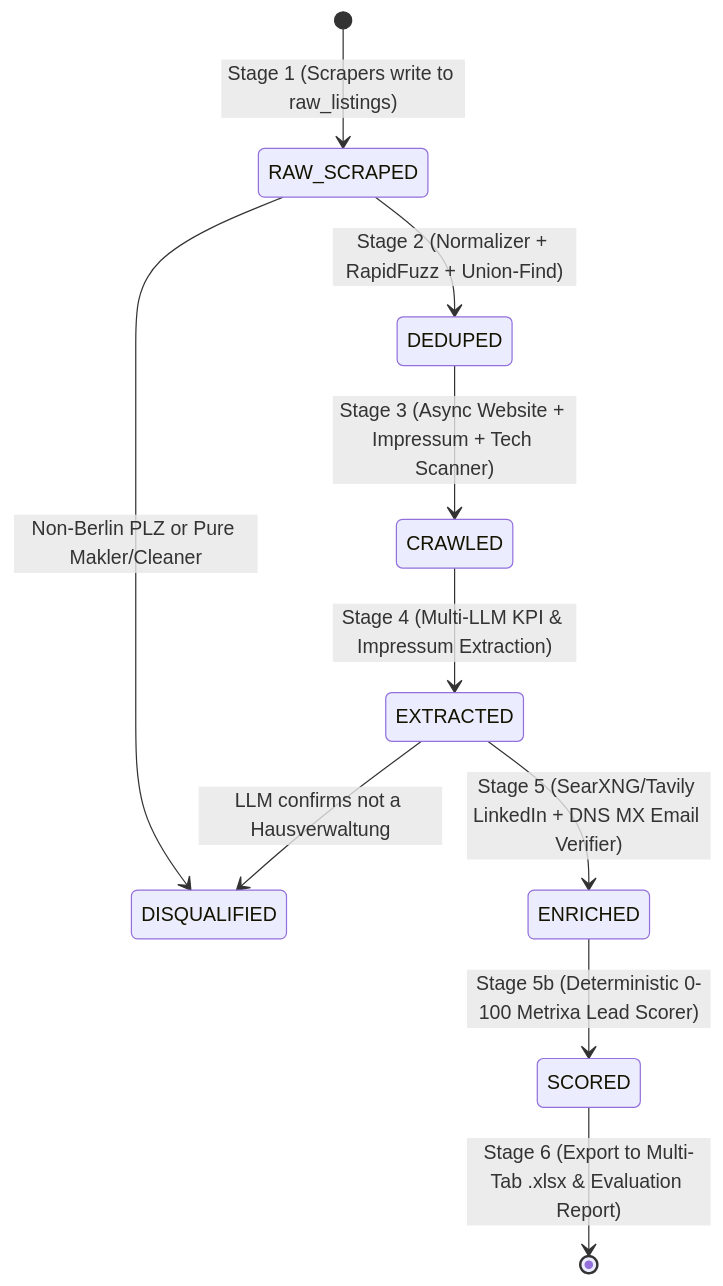
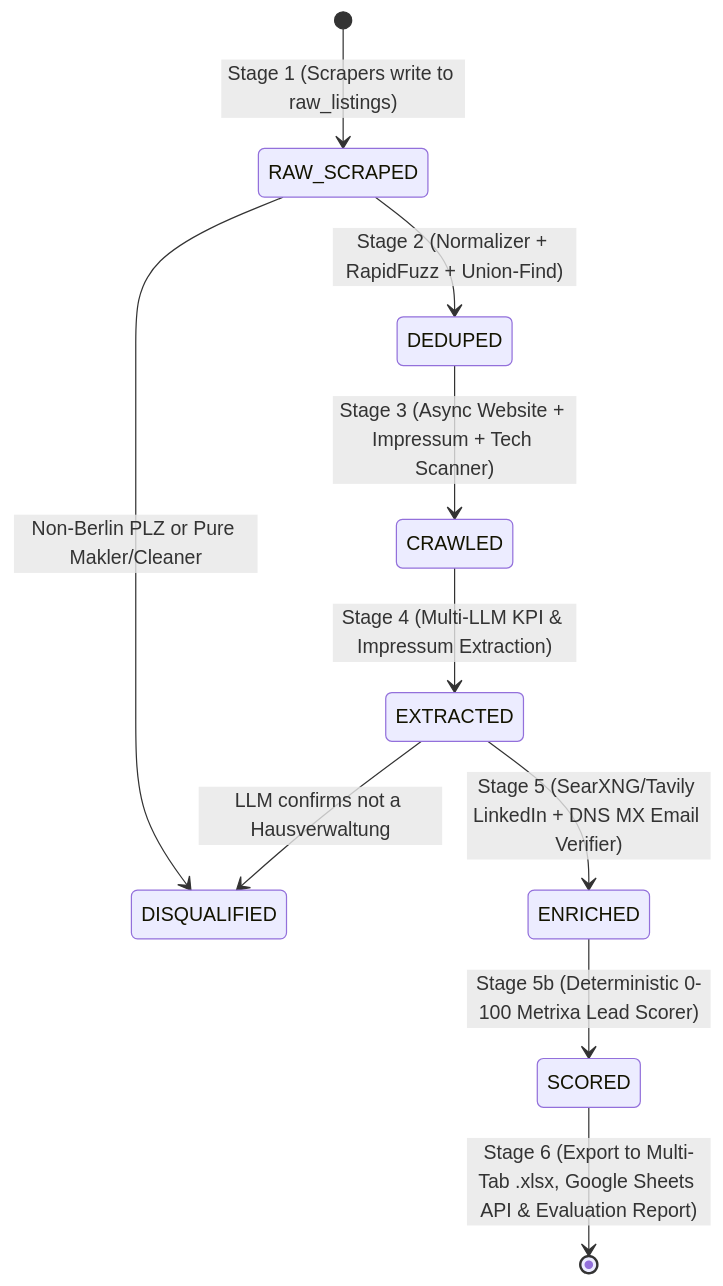
One commit to sainibhaowal/Metrixa-Systems changed the second of 2 diagrams in docs/Working Docs/05_DATABASE_SCHEMA_DATA_STRUCTURES_AND_EXPORT_SPEC.md. Above: the diagram before and after it, drawn with Mermaid. The commit also changed other lines of this file and 21 other files, not shown here.

Commit message:
feat: complete real-time Google Sheets API push and live deliverables pipeline

````diff
--- a/docs/Working Docs/05_DATABASE_SCHEMA_DATA_STRUCTURES_AND_EXPORT_SPEC.md
+++ b/docs/Working Docs/05_DATABASE_SCHEMA_DATA_STRUCTURES_AND_EXPORT_SPEC.md
@@ -137,12 +166,12 @@
 ```mermaid
 stateDiagram-v2
     [*] --> RAW_SCRAPED: Stage 1 (Scrapers write to raw_listings)
     RAW_SCRAPED --> DEDUPED: Stage 2 (Normalizer + RapidFuzz + Union-Find)
     RAW_SCRAPED --> DISQUALIFIED: Non-Berlin PLZ or Pure Makler/Cleaner
     DEDUPED --> CRAWLED: Stage 3 (Async Website + Impressum + Tech Scanner)
     CRAWLED --> EXTRACTED: Stage 4 (Multi-LLM KPI & Impressum Extraction)
     EXTRACTED --> DISQUALIFIED: LLM confirms not a Hausverwaltung
     EXTRACTED --> ENRICHED: Stage 5 (SearXNG/Tavily LinkedIn + DNS MX Email Verifier)
     ENRICHED --> SCORED: Stage 5b (Deterministic 0-100 Metrixa Lead Scorer)
-    SCORED --> [*]: Stage 6 (Export to Multi-Tab .xlsx & Evaluation Report)
+    SCORED --> [*]: Stage 6 (Export to Multi-Tab .xlsx, Google Sheets API & Evaluation Report)
 ```
````
